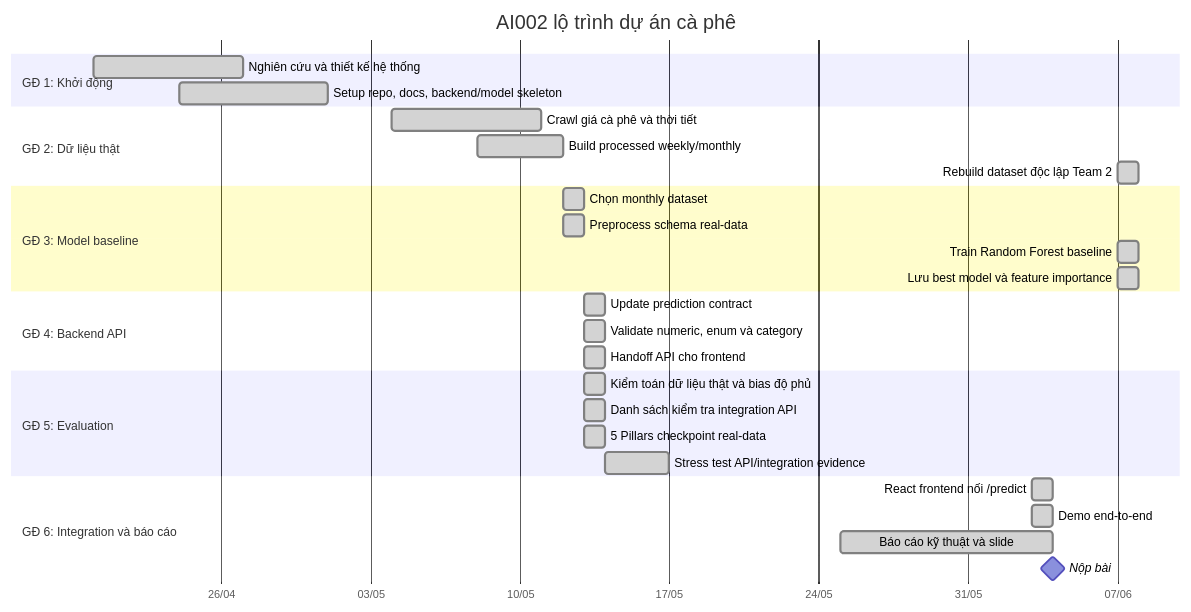
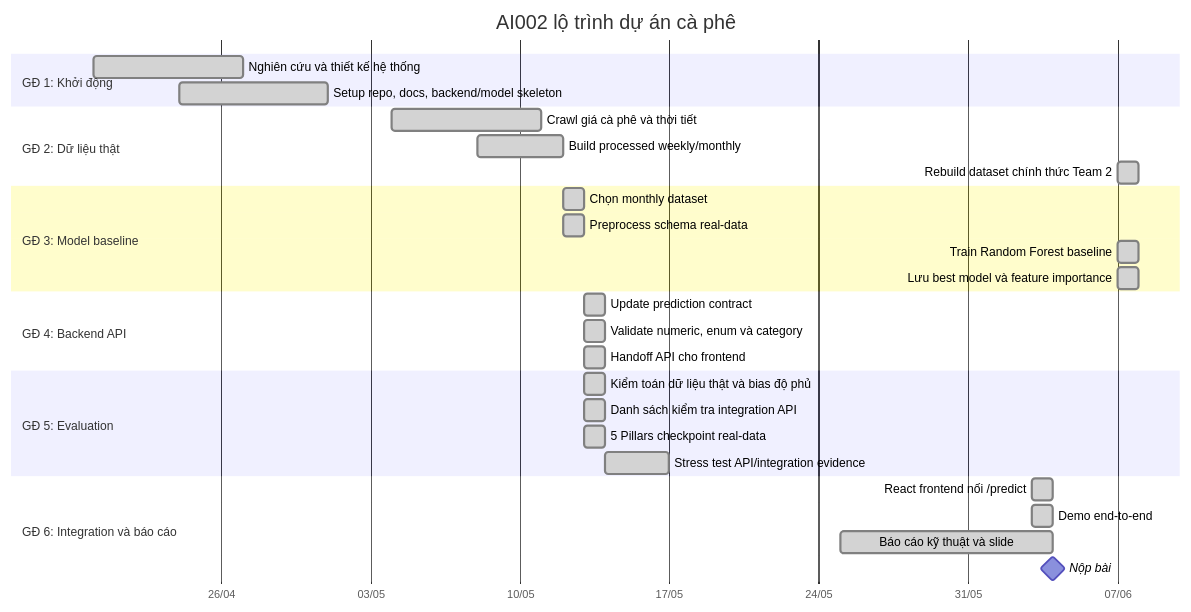
Before and after one commit to uit-25730067-chithanh/AI002-Team22-DT10: the third of 8 diagrams in docs/project-roadmap.md, drawn with Mermaid. The commit also changed other lines of this file and 129 other files, not shown here.

````diff
--- a/docs/project-roadmap.md
+++ b/docs/project-roadmap.md
@@ -62,39 +62,39 @@
 ```mermaid
 gantt
     title AI002 lộ trình dự án cà phê
     dateFormat  YYYY-MM-DD
     tickInterval 1w
     axisFormat  %d/%m
 
     section GĐ 1: Khởi động
     Nghiên cứu và thiết kế hệ thống          :done, a1, 2026-04-20, 7d
     Setup repo, docs, backend/model skeleton :done, a2, 2026-04-24, 7d
 
     section GĐ 2: Dữ liệu thật
     Crawl giá cà phê và thời tiết            :done, b1, 2026-05-04, 7d
     Build processed weekly/monthly           :done, b2, 2026-05-08, 4d
-    Rebuild dataset độc lập Team 2           :done, b3, 2026-06-07, 1d
+    Rebuild dataset chính thức Team 2           :done, b3, 2026-06-07, 1d
 
     section GĐ 3: Model baseline
     Chọn monthly dataset                     :done, c1, 2026-05-12, 1d
     Preprocess schema real-data              :done, c2, 2026-05-12, 1d
     Train Random Forest baseline             :done, c3, 2026-06-07, 1d
     Lưu best model và feature importance     :done, c4, 2026-06-07, 1d
 
     section GĐ 4: Backend API
     Update prediction contract               :done, d1, 2026-05-13, 1d
     Validate numeric, enum và category       :done, d2, 2026-05-13, 1d
     Handoff API cho frontend                 :done, d3, 2026-05-13, 1d
 
     section GĐ 5: Evaluation
     Kiểm toán dữ liệu thật và bias độ phủ         :done, e0, 2026-05-13, 1d
     Danh sách kiểm tra integration API             :done, e1, 2026-05-13, 1d
     5 Pillars checkpoint real-data           :done, e2, 2026-05-13, 1d
     Stress test API/integration evidence     :done, e3, 2026-05-14, 3d
 
     section GĐ 6: Integration và báo cáo
     React frontend nối /predict             :done, f1, 2026-06-03, 1d
     Demo end-to-end                          :done, f2, 2026-06-03, 1d
     Báo cáo kỹ thuật và slide                :done, f3, 2026-05-25, 10d
     Nộp bài                                  :milestone, f4, 2026-06-04, 0d
 ```
````
